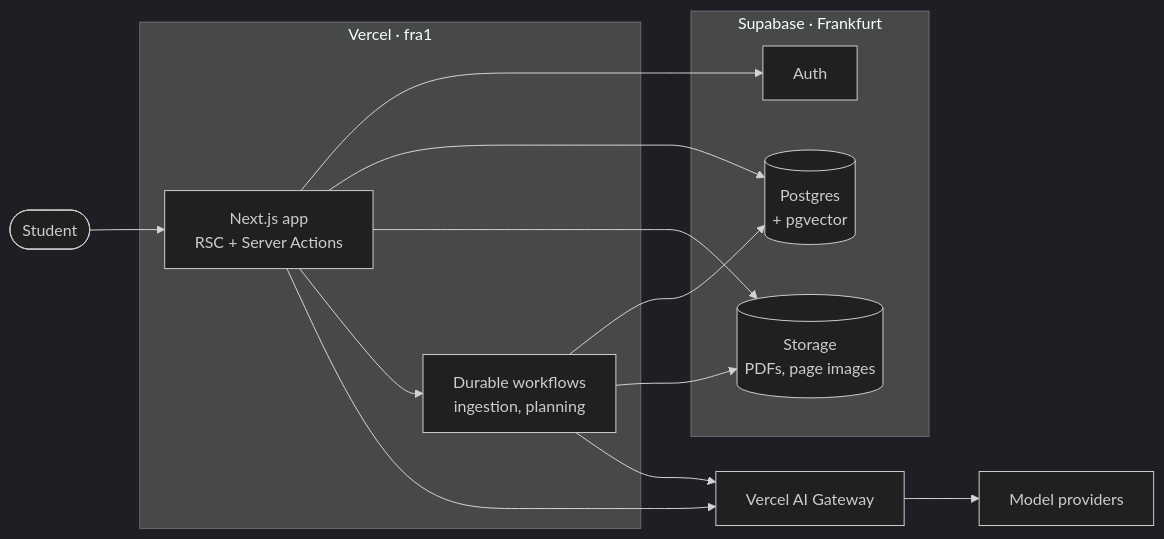
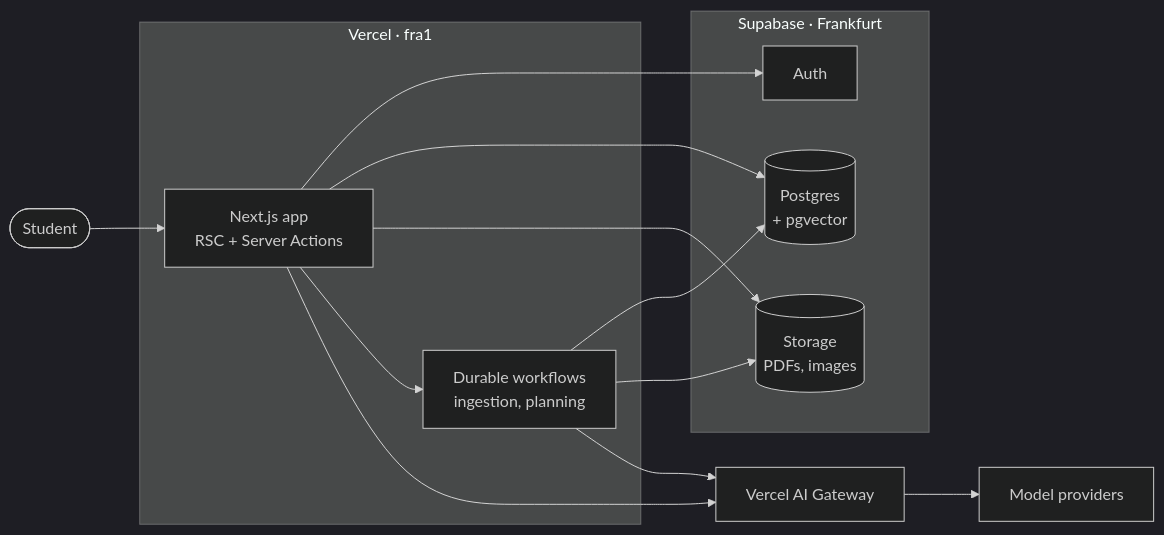
Before and after one commit to 69420pm/project-mastery: the diagram in docs/ARCHITECTURE.md, drawn with Mermaid (dark theme). The commit also changed other lines of this file and 31 other files, not shown here.

First line of the commit message:
refactor(ingestion): show figures from the Material's file instead of stored page images and crops

````diff
--- a/docs/ARCHITECTURE.md
+++ b/docs/ARCHITECTURE.md
@@ -7,25 +7,25 @@
 ```mermaid
 flowchart LR
   student([Student]) --> app
 
   subgraph vercel [Vercel · fra1]
     app[Next.js app<br/>RSC + Server Actions]
     jobs[Durable workflows<br/>ingestion, planning]
   end
 
   subgraph supabase [Supabase · Frankfurt]
     auth[Auth]
     db[(Postgres<br/>+ pgvector)]
-    storage[(Storage<br/>PDFs, page images)]
+    storage[(Storage<br/>PDFs, images)]
   end
 
   app --> auth
   app --> db
   app --> storage
   app --> jobs
   jobs --> db
   jobs --> storage
   app --> gateway[Vercel AI Gateway]
   jobs --> gateway
   gateway --> models[Model providers]
 ```
````
